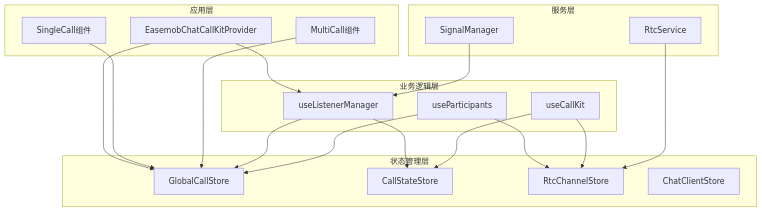
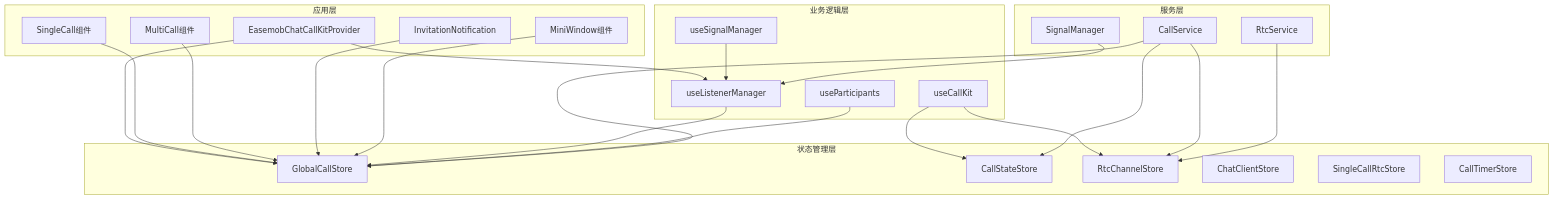
One commit to Easemob-Community/easemob-uikit-callkit-vue3 changed the fourth of 10 diagrams in .qoder/repowiki/zh/content/状态管理/GlobalCallStore 全局通话状态.md. Above: the diagram before and after it, drawn with Mermaid. The commit also changed other lines of this file and 40 other files, not shown here.

````diff
--- a/.qoder/repowiki/zh/content/状态管理/GlobalCallStore 全局通话状态.md
+++ b/.qoder/repowiki/zh/content/状态管理/GlobalCallStore 全局通话状态.md
@@ -145,35 +174,45 @@
 ```mermaid
 graph TB
 subgraph "应用层"
 A[EasemobChatCallKitProvider]
 B[SingleCall组件]
 C[MultiCall组件]
+D[InvitationNotification]
+E[MiniWindow组件]
 end
 subgraph "状态管理层"
-D[GlobalCallStore]
-E[CallStateStore]
-F[RtcChannelStore]
-G[ChatClientStore]
+F[GlobalCallStore]
+G[CallStateStore]
+H[RtcChannelStore]
+I[ChatClientStore]
+J[SingleCallRtcStore]
+K[CallTimerStore]
 end
 subgraph "业务逻辑层"
-H[useListenerManager]
-I[useParticipants]
-J[useCallKit]
+L[useListenerManager]
+M[useParticipants]
+N[useCallKit]
+O[useSignalManager]
 end
 subgraph "服务层"
-K[RtcService]
-L[SignalManager]
+P[CallService]
+Q[RtcService]
+R[SignalManager]
 end
-A --> H
-A --> D
-B --> D
-C --> D
-H --> D
-I --> D
-H --> E
-I --> F
-J --> E
-J --> F
-K --> F
-L --> H
+A --> L
+A --> F
+B --> F
+C --> F
+D --> F
+E --> F
+L --> F
+M --> F
+N --> G
+N --> H
+O --> L
+P --> G
+P --> H
+P --> F
+Q --> H
+R --> L
 ```
````
